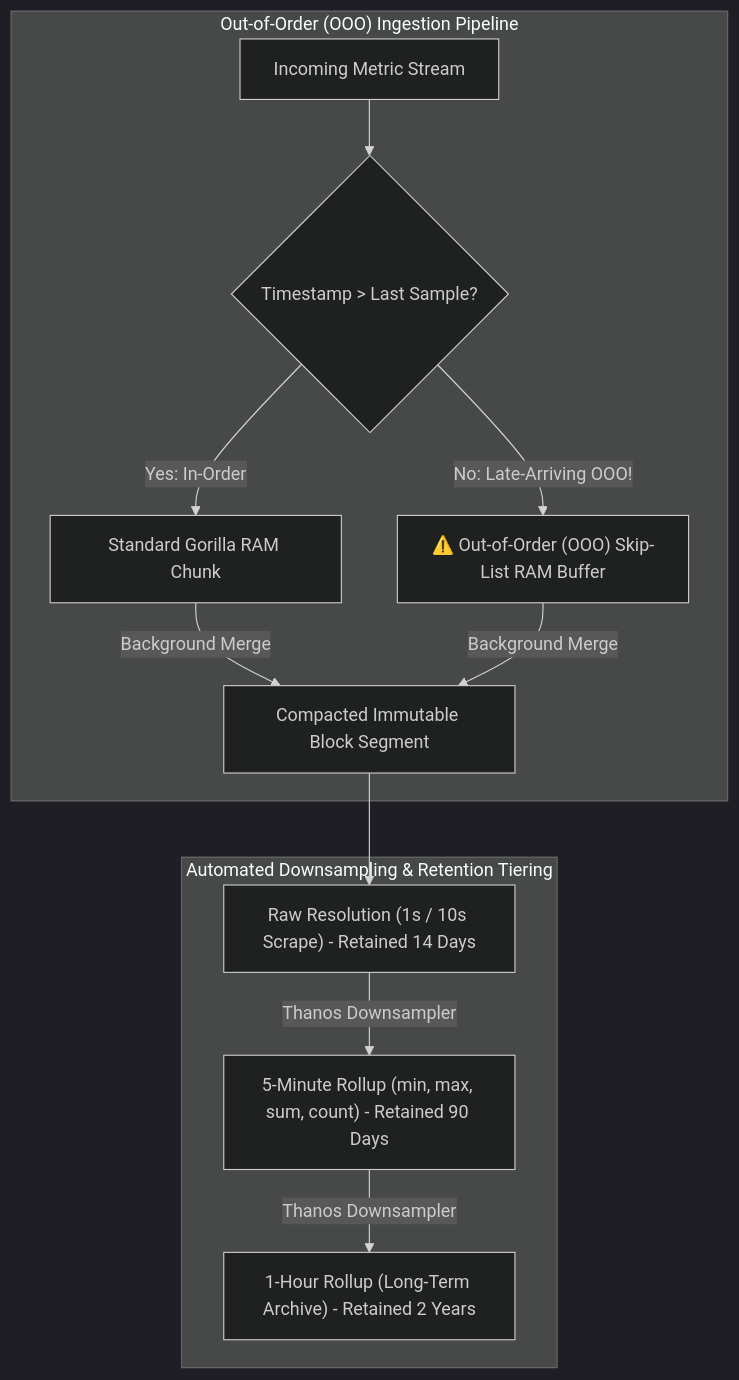
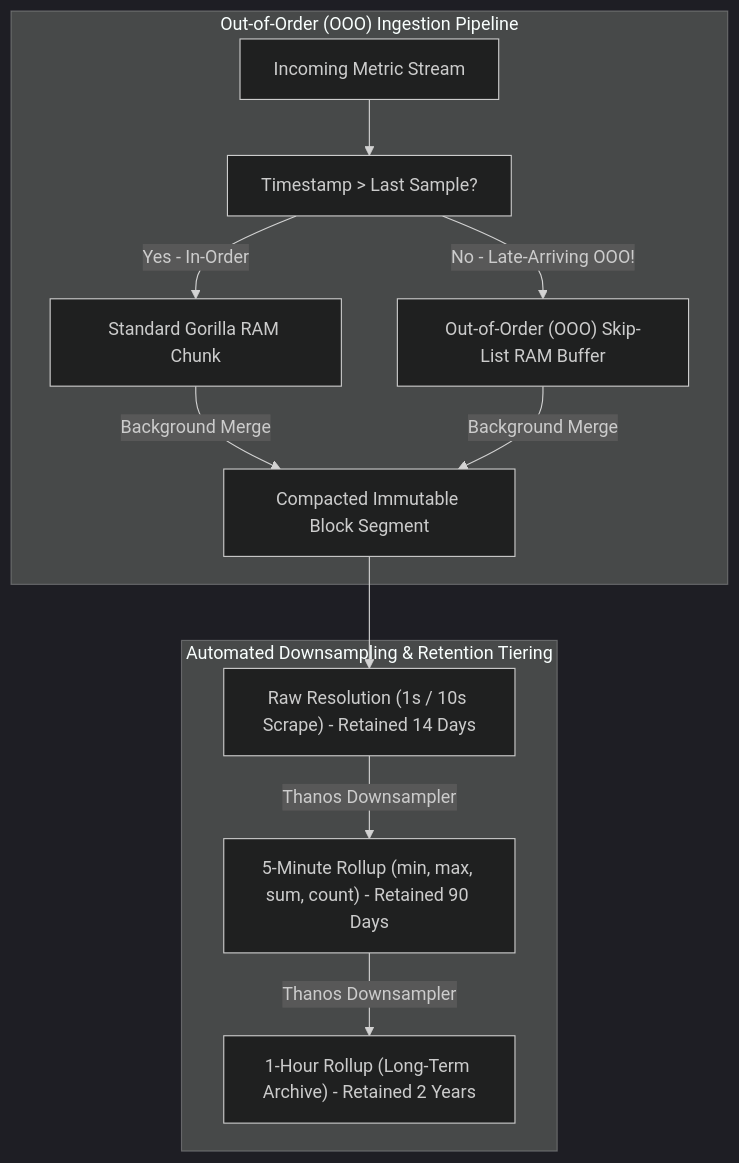
One commit to akmalkhaniub/akmalkhaniub.github.io changed the diagram in blog/posts/out-of-order-ingestion-downsampling-retention-rollups.md. Above: the diagram before and after it, drawn with Mermaid (dark theme). The commit also changed 411 other files, not shown here.

````diff
--- a/blog/posts/out-of-order-ingestion-downsampling-retention-rollups.md
+++ b/blog/posts/out-of-order-ingestion-downsampling-retention-rollups.md
@@ -21,16 +21,16 @@
 ```mermaid
-graph TD
+flowchart TD
   subgraph SG1_OutOfOrder ["Out-of-Order (OOO) Ingestion Pipeline"]
-    MetricStream[Incoming Metric Stream] --> CheckTime{"Timestamp > Last Sample?"}
-    CheckTime -->|Yes: In-Order| NormalHead[Standard Gorilla RAM Chunk]
-    CheckTime -->|No: Late-Arriving OOO!| OOOBuffer["⚠️ Out-of-Order (OOO) Skip-List RAM Buffer"]
+    MetricStream[Incoming Metric Stream] --> CheckTime["Timestamp > Last Sample?"]
+    CheckTime -->|Yes - In-Order| NormalHead[Standard Gorilla RAM Chunk]
+    CheckTime -->|No - Late-Arriving OOO!| OOOBuffer[" Out-of-Order (OOO) Skip-List RAM Buffer"]
     
     NormalHead & OOOBuffer -->|Background Merge| CompactedChunk[Compacted Immutable Block Segment]
   end
   
   subgraph SG2_AutomatedDownsamplingRetention ["Automated Downsampling & Retention Tiering"]
     CompactedChunk --> RawTier["Raw Resolution (1s / 10s Scrape) - Retained 14 Days"]
     RawTier -->|Thanos Downsampler| Tier5m["5-Minute Rollup (min, max, sum, count) - Retained 90 Days"]
     Tier5m -->|Thanos Downsampler| Tier1h["1-Hour Rollup (Long-Term Archive) - Retained 2 Years"]
   end
 ```
````
